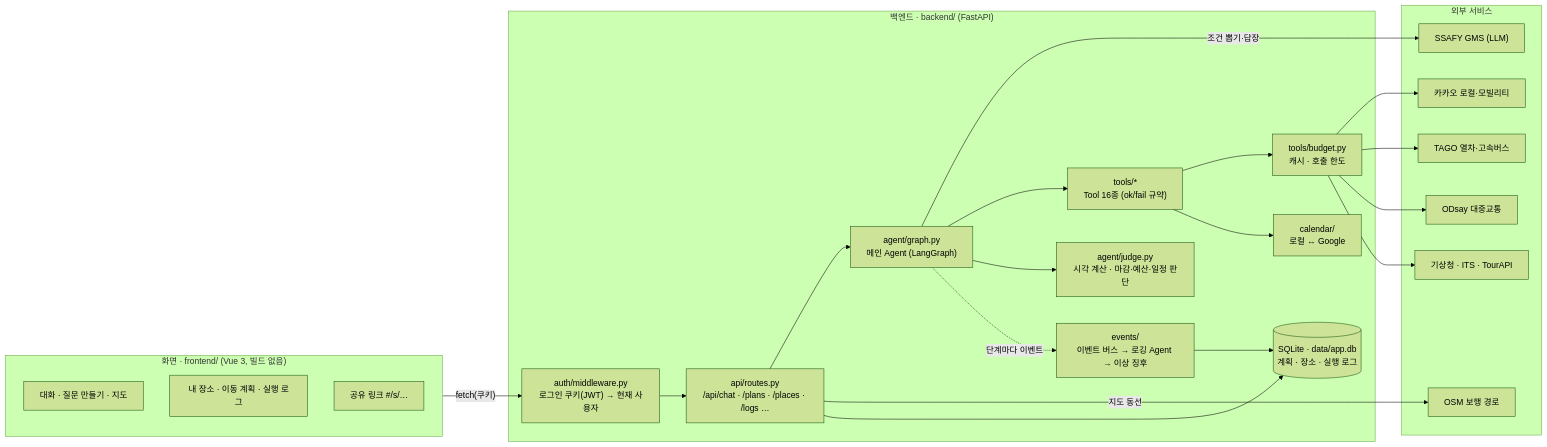
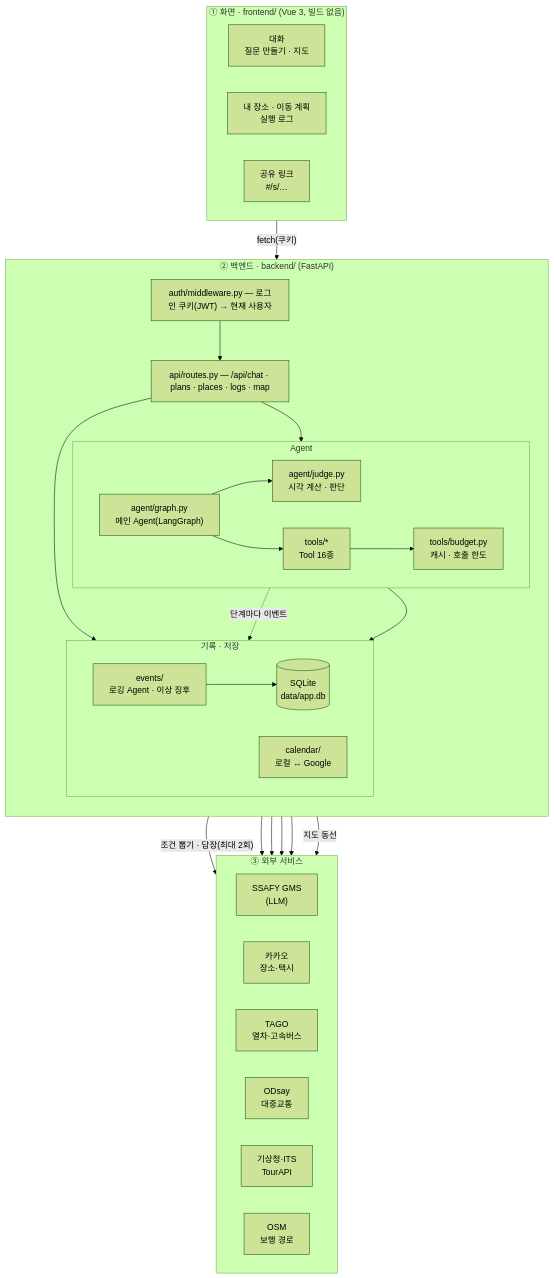
One commit to Jkim1647/ssafy16-route-planner changed the first of 3 diagrams in README.md. Above: the diagram before and after it, drawn with Mermaid (forest theme).

Commit message:
docs: README 시스템 구조도를 위→아래(화면·백엔드·외부) 배치로 — GitLab에서 글자가 작게 보이던 문제

````diff
--- a/README.md
+++ b/README.md
@@ -27,36 +27,45 @@
 ```mermaid
-flowchart LR
-  subgraph FE["화면 · frontend/ (Vue 3, 빌드 없음)"]
-    P1["대화 · 질문 만들기 · 지도"]
-    P2["내 장소 · 이동 계획 · 실행 로그"]
-    P3["공유 링크 #/s/…"]
+flowchart TB
+  subgraph FE["① 화면 · frontend/ (Vue 3, 빌드 없음)"]
+    direction LR
+    P1["대화<br/>질문 만들기 · 지도"]
+    P2["내 장소 · 이동 계획<br/>실행 로그"]
+    P3["공유 링크<br/>#/s/…"]
   end
-  subgraph BE["백엔드 · backend/ (FastAPI)"]
-    MW["auth/middleware.py<br/>로그인 쿠키(JWT) → 현재 사용자"]
-    API["api/routes.py<br/>/api/chat · /plans · /places · /logs …"]
-    AG["agent/graph.py<br/>메인 Agent (LangGraph)"]
-    JD["agent/judge.py<br/>시각 계산 · 마감·예산·일정 판단"]
-    TL["tools/*<br/>Tool 16종 (ok/fail 규약)"]
-    BG["tools/budget.py<br/>캐시 · 호출 한도"]
-    EV["events/<br/>이벤트 버스 → 로깅 Agent → 이상 징후"]
-    DB[("SQLite · data/app.db<br/>계획 · 장소 · 실행 로그")]
-    CAL["calendar/<br/>로컬 ↔ Google"]
+  subgraph BE["② 백엔드 · backend/ (FastAPI)"]
+    direction TB
+    MW["auth/middleware.py — 로그인 쿠키(JWT) → 현재 사용자"]
+    API["api/routes.py — /api/chat · plans · places · logs · map"]
+    subgraph CORE["Agent"]
+      direction LR
+      AG["agent/graph.py<br/>메인 Agent(LangGraph)"]
+      JD["agent/judge.py<br/>시각 계산 · 판단"]
+      TL["tools/*<br/>Tool 16종"]
+      BG["tools/budget.py<br/>캐시 · 호출 한도"]
+    end
+    subgraph STORE["기록 · 저장"]
+      direction LR
+      EV["events/<br/>로깅 Agent · 이상 징후"]
+      DB[("SQLite<br/>data/app.db")]
+      CAL["calendar/<br/>로컬 ↔ Google"]
+    end
   end
-  subgraph EXT["외부 서비스"]
-    X1["카카오 로컬·모빌리티"]
-    X2["TAGO 열차·고속버스"]
-    X3["ODsay 대중교통"]
-    X4["기상청 · ITS · TourAPI"]
-    X5["OSM 보행 경로"]
-    LLM["SSAFY GMS (LLM)"]
+  subgraph EXT["③ 외부 서비스"]
+    direction LR
+    LLM["SSAFY GMS<br/>(LLM)"]
+    X1["카카오<br/>장소·택시"]
+    X2["TAGO<br/>열차·고속버스"]
+    X3["ODsay<br/>대중교통"]
+    X4["기상청·ITS<br/>TourAPI"]
+    X5["OSM<br/>보행 경로"]
   end
-  FE -->|"fetch(쿠키)"| MW --> API
-  API --> AG
-  AG -->|"조건 뽑기·답장"| LLM
-  AG --> TL --> BG --> X1 & X2 & X3 & X4
+  FE -->|"fetch(쿠키)"| MW --> API --> AG
+  AG --> JD
+  AG --> TL --> BG
+  AG -->|"조건 뽑기 · 답장(최대 2회)"| LLM
+  BG --> X1 & X2 & X3 & X4
   API -->|"지도 동선"| X5
-  AG --> JD
   AG -. "단계마다 이벤트" .-> EV --> DB
   API --> DB
   TL --> CAL
 ```
````
